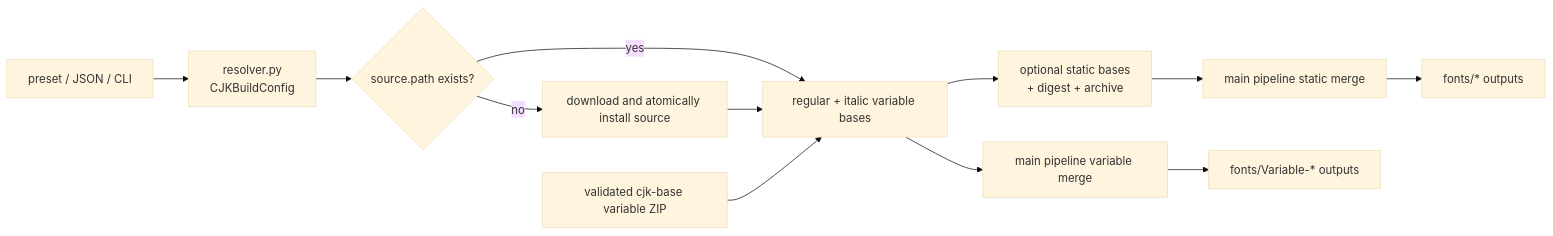
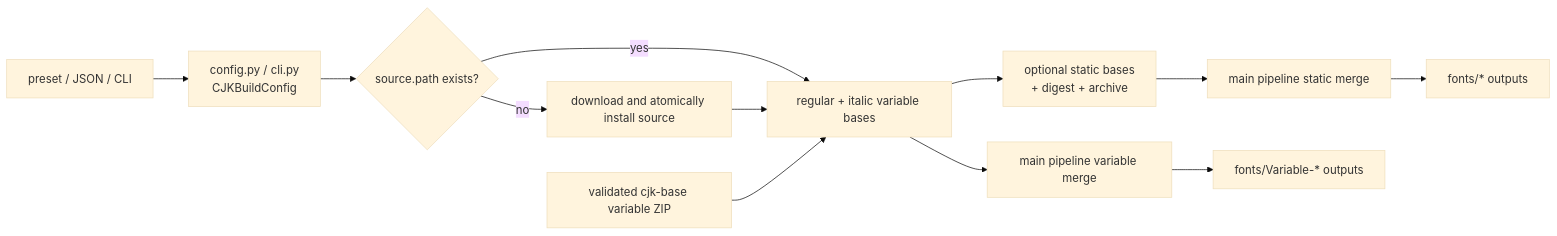
Before and after one commit to iaragoza2027/maple-font-taro: the diagram in scripts/cjk/README.md, drawn with Mermaid (base theme). The commit also changed other lines of this file and 78 other files, not shown here.

````diff
--- a/scripts/cjk/README.md
+++ b/scripts/cjk/README.md
@@ -51,14 +51,14 @@
 ```mermaid
 flowchart LR
-    INPUT["preset / JSON / CLI"] --> RESOLVE["resolver.py\nCJKBuildConfig"]
+    INPUT["preset / JSON / CLI"] --> RESOLVE["config.py / cli.py\nCJKBuildConfig"]
     RESOLVE --> SOURCE{"source.path exists?"}
     SOURCE -->|yes| VF["regular + italic variable bases"]
     SOURCE -->|no| DOWNLOAD["download and atomically install source"]
     DOWNLOAD --> VF
     REMOTE["validated cjk-base variable ZIP"] --> VF
     VF --> STATIC["optional static bases\n+ digest + archive"]
     VF --> MERGE_VF["main pipeline variable merge"]
     STATIC --> MERGE_STATIC["main pipeline static merge"]
     MERGE_VF --> RELEASE["fonts/Variable-* outputs"]
     MERGE_STATIC --> RELEASE_STATIC["fonts/* outputs"]
 ```
````
